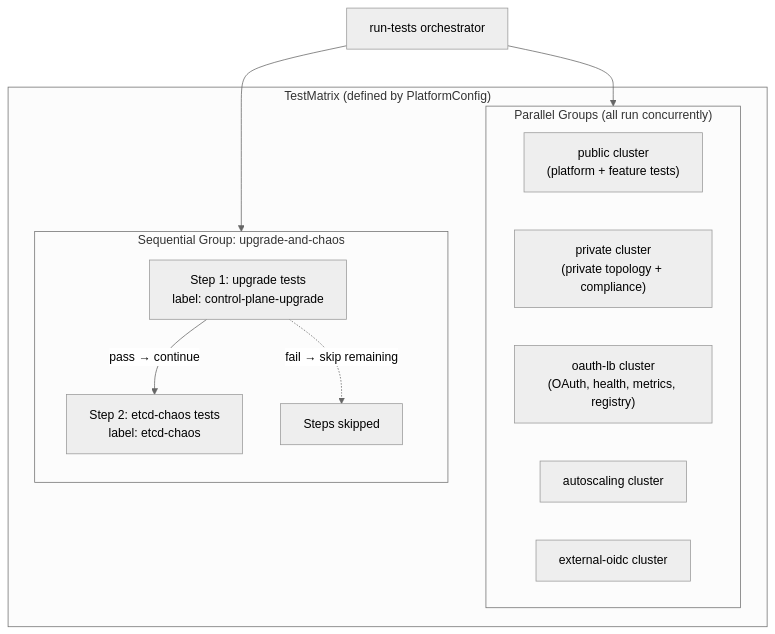
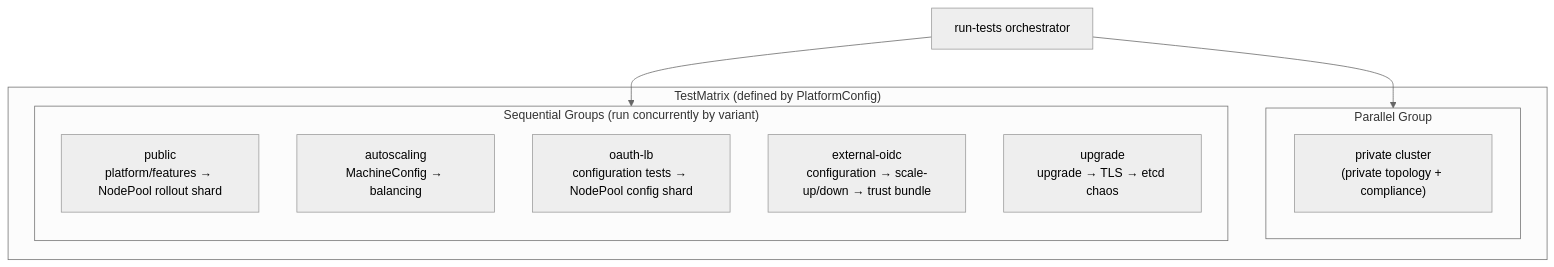
Before and after one commit to openshift/hypershift: the third of 4 diagrams in docs/content/reference/e2e-v2-test-flow.md, drawn with Mermaid (neutral theme). The commit also changed other lines of this file and 7 other files, not shown here.

````diff
--- a/docs/content/reference/e2e-v2-test-flow.md
+++ b/docs/content/reference/e2e-v2-test-flow.md
@@ -334,24 +336,21 @@
 ```mermaid
 flowchart TD
     subgraph TestMatrix["TestMatrix (defined by PlatformConfig)"]
-        subgraph Parallel["Parallel Groups (all run concurrently)"]
-            P1["public cluster<br/>(platform + feature tests)"]
-            P2["private cluster<br/>(private topology + compliance)"]
-            P3["oauth-lb cluster<br/>(OAuth, health, metrics, registry)"]
-            P4["autoscaling cluster"]
-            P5["external-oidc cluster"]
+        subgraph Parallel["Parallel Group"]
+            P1["private cluster<br/>(private topology + compliance)"]
         end
 
-        subgraph Sequential["Sequential Group: upgrade-and-chaos"]
+        subgraph Sequential["Sequential Groups (run concurrently by variant)"]
             direction TB
-            S1["Step 1: upgrade tests<br/>label: control-plane-upgrade"]
-            S2["Step 2: etcd-chaos tests<br/>label: etcd-chaos"]
-            S1 -->|"pass → continue"| S2
-            S1 -.->|"fail → skip remaining"| SKIP["Steps skipped"]
+            S1["public<br/>platform/features → NodePool rollout shard"]
+            S2["autoscaling<br/>MachineConfig → balancing"]
+            S3["oauth-lb<br/>configuration tests → NodePool config shard"]
+            S4["external-oidc<br/>configuration → scale-up/down → trust bundle"]
+            S5["upgrade<br/>upgrade → TLS → etcd chaos"]
         end
     end
 
     RT["run-tests orchestrator"] --> Parallel
     RT --> Sequential
 
 ```
````
